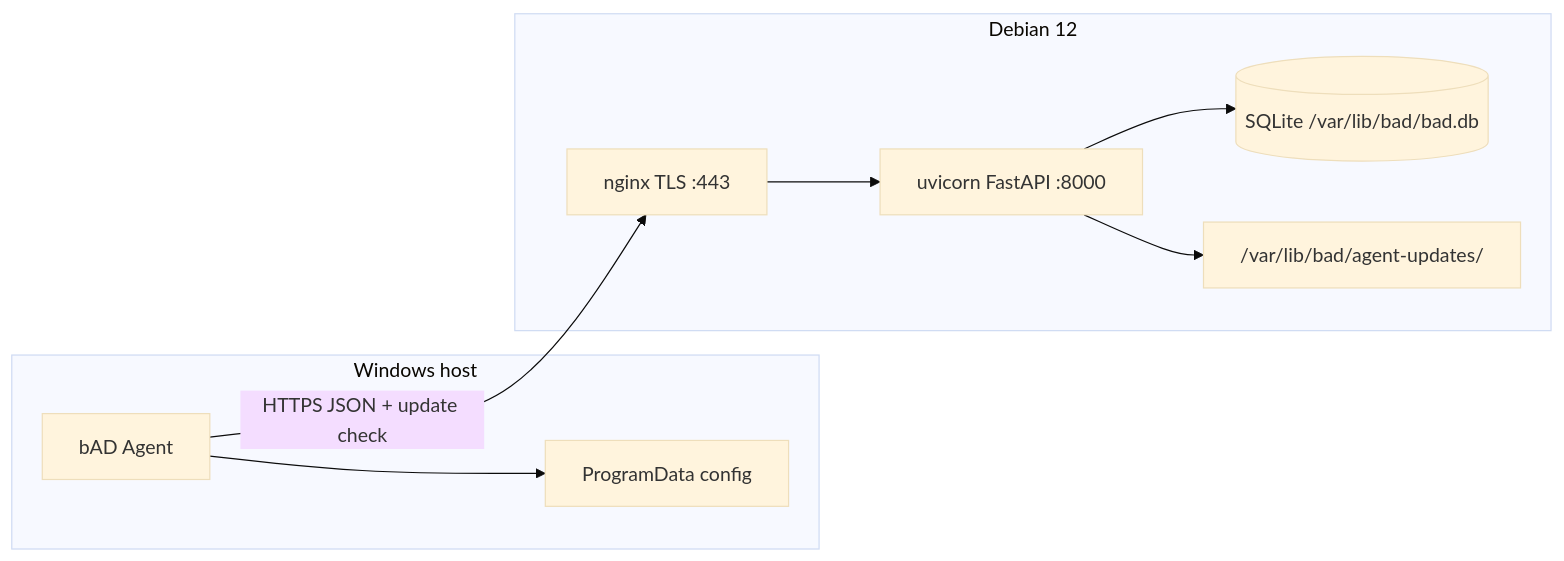
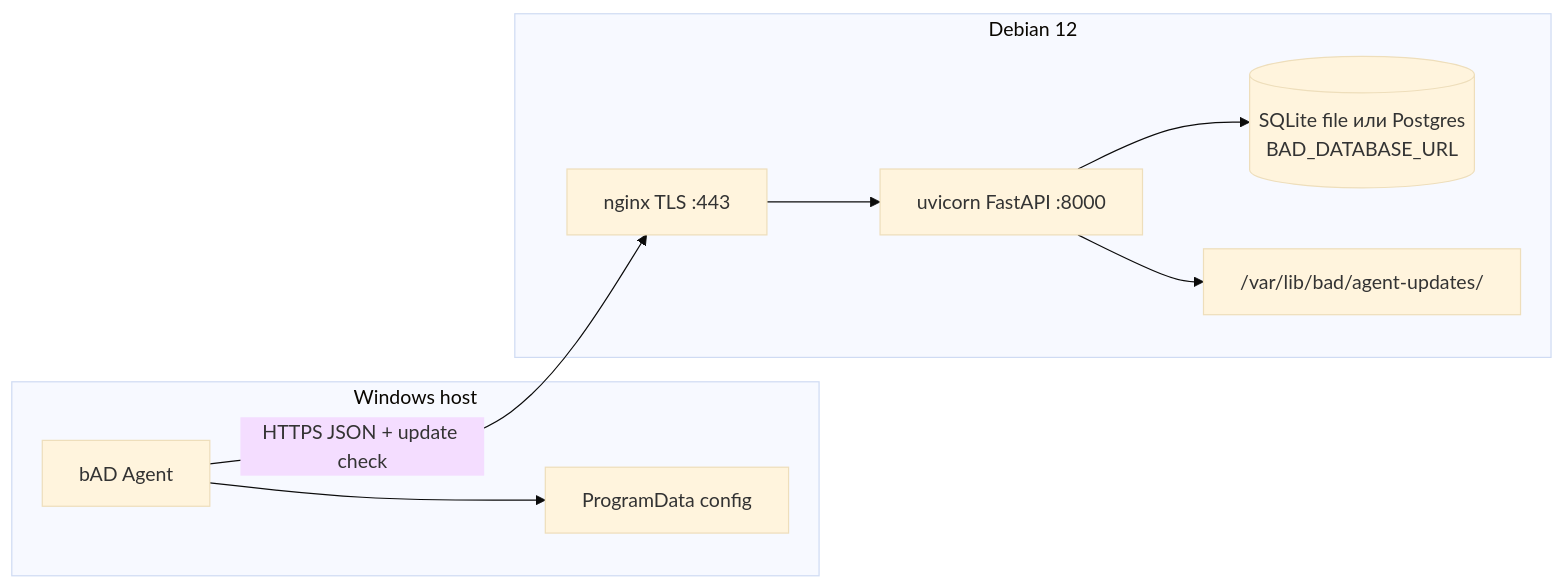
The first of 3 diagrams in docs/architecture.md (blazerity/bAD), drawn with Mermaid (base theme) before and after one commit. The commit also changed other lines of this file and 2 other files, not shown here.

First line of the commit message:
docs: dual-run SQLite|Postgres и этапы one-liner

````diff
--- a/docs/architecture.md
+++ b/docs/architecture.md
@@ -20,17 +20,17 @@
 ```mermaid
 flowchart LR
   subgraph Win["Windows host"]
     SVC["bAD Agent"]
     CFG["ProgramData config"]
     SVC --> CFG
   end
   subgraph Deb["Debian 12"]
     NGX["nginx TLS :443"]
     API["uvicorn FastAPI :8000"]
-    DB[("SQLite /var/lib/bad/bad.db")]
+    DB[("SQLite file или Postgres\nBAD_DATABASE_URL")]
     STORE["/var/lib/bad/agent-updates/"]
     NGX --> API --> DB
     API --> STORE
   end
   SVC -->|"HTTPS JSON + update check"| NGX
 ```
````
